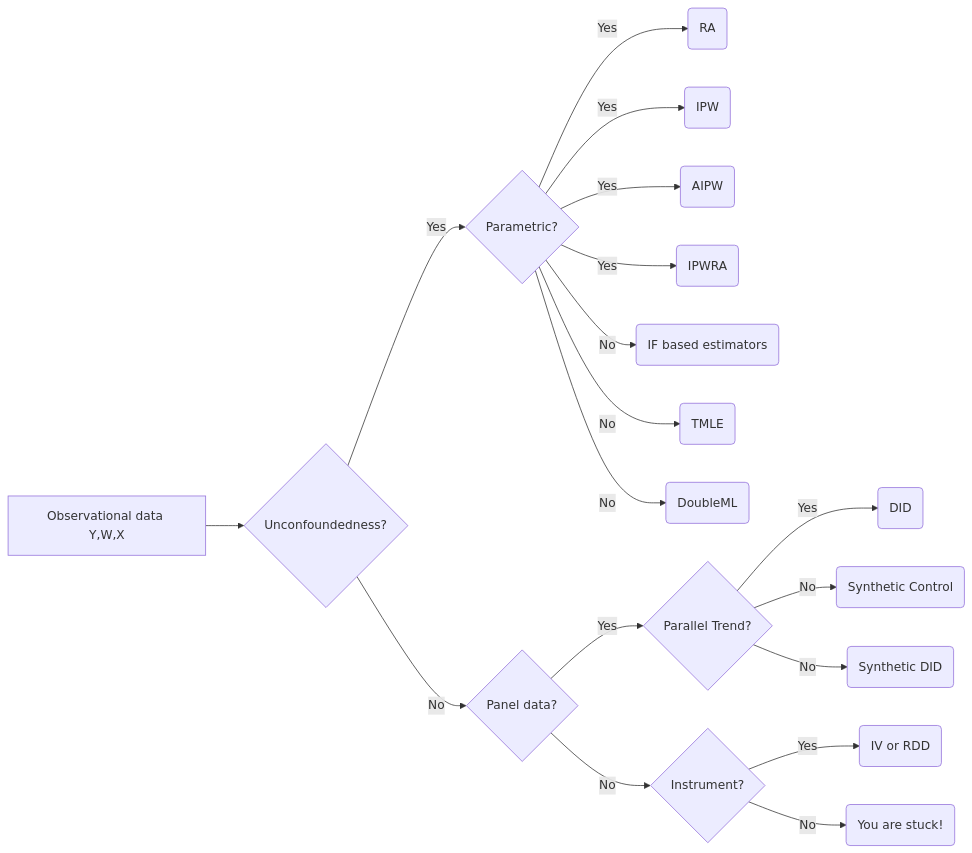
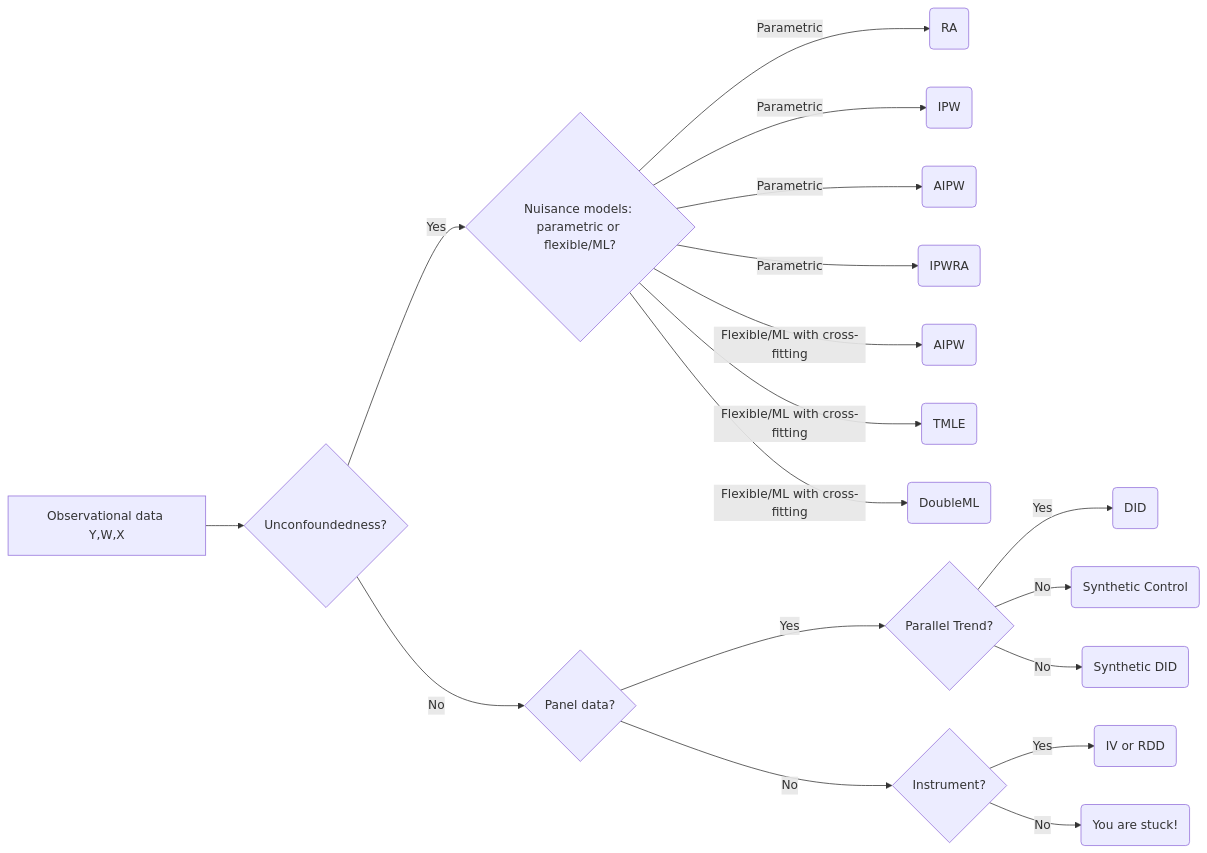
The diagram in identification.qmd (xiangao/causal_econometrics_guide), drawn with Mermaid before and after one commit. The commit also changed other lines of this file and 53 other files, not shown here.

````diff
--- a/identification.qmd
+++ b/identification.qmd
@@ -149,20 +151,20 @@
 ```{mermaid}
 flowchart LR
   A[Observational data Y,W,X] --> B{Unconfoundedness?}
-  B --> | Yes | C{Parametric?}
-  C --> | Yes | D(RA)
-  C --> | Yes | E(IPW)
-  C --> | Yes | F(AIPW)
-  C --> | Yes | G(IPWRA)
-  C --> | No | H(IF based estimators)
-  C --> | No | I(TMLE)
-  C --> | No | J(DoubleML)
+  B --> | Yes | C{Nuisance models: parametric or flexible/ML?}
+  C --> | Parametric | D(RA)
+  C --> | Parametric | E(IPW)
+  C --> | Parametric | F(AIPW)
+  C --> | Parametric | G(IPWRA)
+  C --> | Flexible/ML with cross-fitting | H(AIPW)
+  C --> | Flexible/ML with cross-fitting | I(TMLE)
+  C --> | Flexible/ML with cross-fitting | J(DoubleML)
   B --> | No | K{Panel data?}
   K --> | Yes | L{Parallel Trend?}
   L --> | Yes | M(DID)
   L --> | No | N(Synthetic Control)
   L --> | No | O(Synthetic DID)
   K --> | No | P{Instrument?}
   P --> | Yes | Q(IV or RDD)
   P --> | No | R(You are stuck!)
 ```
````
